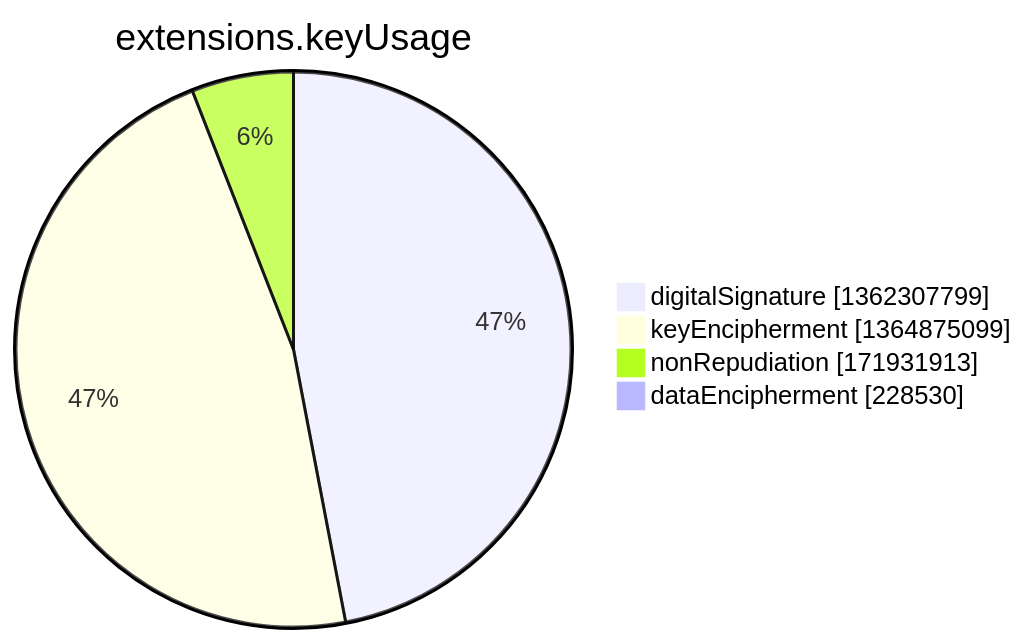
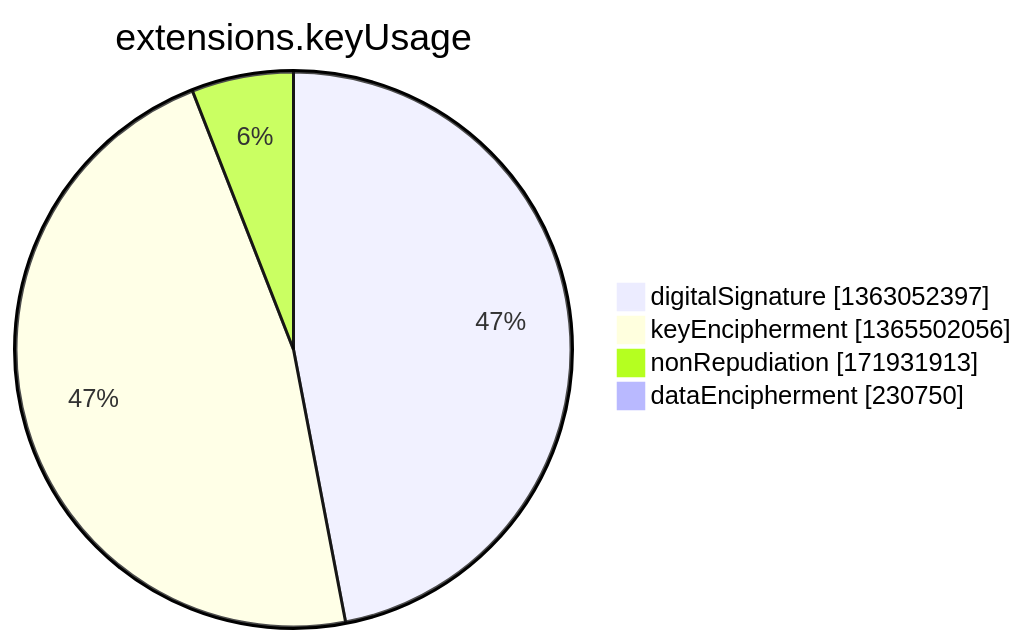
One commit to christiankrug/ctmonitor_visualization changed the seventh of 15 diagrams in argon2022/README.md. Above: the diagram before and after it, drawn with Mermaid. The commit also changed other lines of this file, not shown here.

````diff
--- a/argon2022/README.md
+++ b/argon2022/README.md
@@ -2750,8 +2750,8 @@
 ```mermaid
 pie showData
 title extensions.keyUsage
-"digitalSignature" :1362307799
-"keyEncipherment" :1364875099
+"digitalSignature" :1363052397
+"keyEncipherment" :1365502056
 "nonRepudiation" :171931913
-"dataEncipherment" :228530
+"dataEncipherment" :230750
 ```
````
